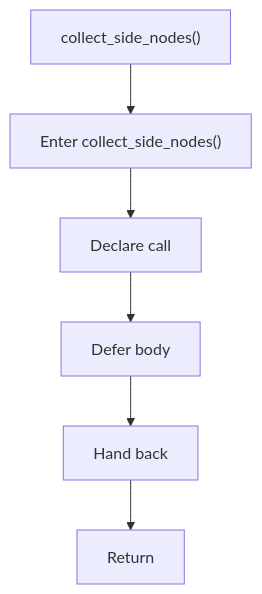
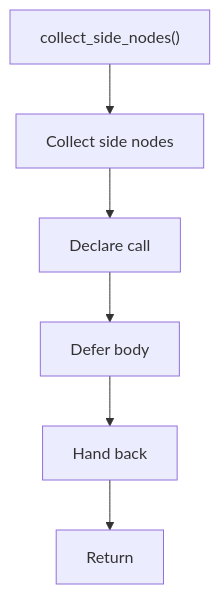
Before and after one commit to JohnAndrewBalbarosa/NeoTerritory: the diagram in docs/Codebase/Microservice/Modules/Header/SyntacticBrokenAST/HashingMechanism/HashLinks/Internal/Flow/functions/collect_side_nodes.hpp.md, drawn with Mermaid. The commit also changed other lines of this file and 915 other files, not shown here.

````diff
--- a/docs/Codebase/Microservice/Modules/Header/SyntacticBrokenAST/HashingMechanism/HashLinks/Internal/Flow/functions/collect_side_nodes.hpp.md
+++ b/docs/Codebase/Microservice/Modules/Header/SyntacticBrokenAST/HashingMechanism/HashLinks/Internal/Flow/functions/collect_side_nodes.hpp.md
@@ -16,14 +16,14 @@
 ```mermaid
 flowchart TD
     Start["collect_side_nodes()"]
-    N0["Enter collect_side_nodes()"]
+    N0["Collect side nodes"]
     N1["Declare call"]
     N2["Defer body"]
     N3["Hand back"]
     End["Return"]
     Start --> N0
     N0 --> N1
     N1 --> N2
     N2 --> N3
     N3 --> End
 ```
````
